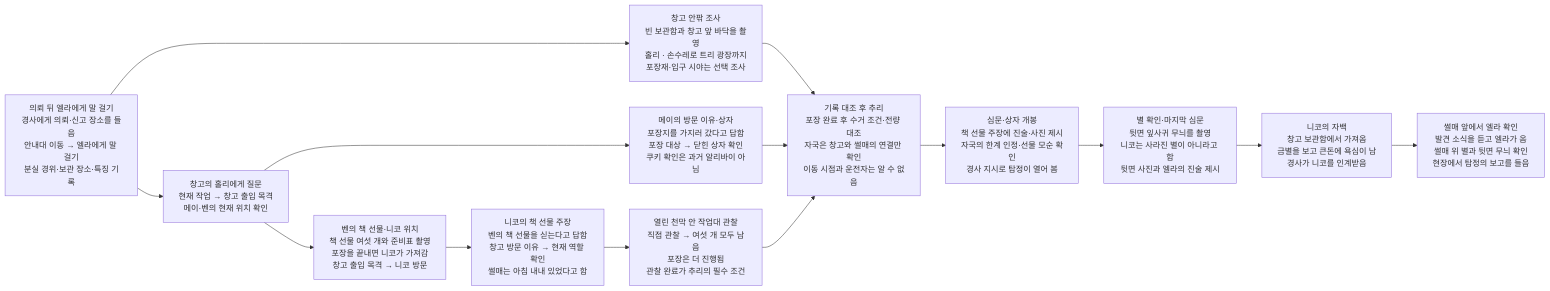
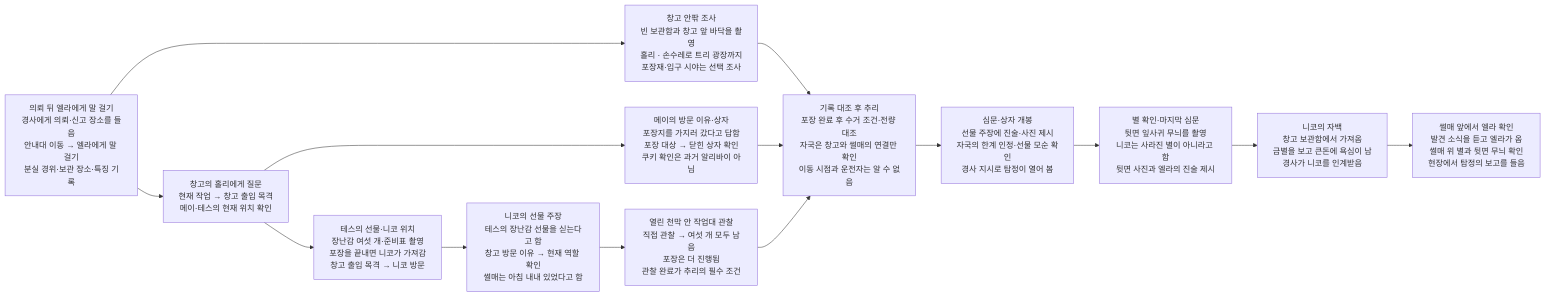
One commit to wonny95/detective-v2 changed the second of 2 diagrams in design/case-10-christmas-star.md. Above: the diagram before and after it, drawn with Mermaid. The commit also changed other lines of this file and 3 other files, not shown here.

````diff
--- a/design/case-10-christmas-star.md
+++ b/design/case-10-christmas-star.md
@@ -47,28 +47,28 @@
 ```mermaid
 flowchart LR
     s1["의뢰 뒤 엘라에게 말 걸기<br/>경사에게 의뢰·신고 장소를 들음<br/>안내대 이동 → 엘라에게 말 걸기<br/>분실 경위·보관 장소·특징 기록"]
-    s2["창고의 홀리에게 질문<br/>현재 작업 → 창고 출입 목격<br/>메이·벤의 현재 위치 확인"]
+    s2["창고의 홀리에게 질문<br/>현재 작업 → 창고 출입 목격<br/>메이·테스의 현재 위치 확인"]
     s3["창고 안팎 조사<br/>빈 보관함과 창고 앞 바닥을 촬영<br/>홀리 · 손수레로 트리 광장까지<br/>포장재·입구 시야는 선택 조사"]
     s4["메이의 방문 이유·상자<br/>포장지를 가지러 갔다고 답함<br/>포장 대상 → 닫힌 상자 확인<br/>쿠키 확인은 과거 알리바이 아님"]
-    s5["벤의 책 선물·니코 위치<br/>책 선물 여섯 개와 준비표 촬영<br/>포장을 끝내면 니코가 가져감<br/>창고 출입 목격 → 니코 방문"]
-    s6["니코의 책 선물 주장<br/>벤의 책 선물을 싣는다고 답함<br/>창고 방문 이유 → 현재 역할 확인<br/>썰매는 아침 내내 있었다고 함"]
+    s5["테스의 선물·니코 위치<br/>장난감 여섯 개·준비표 촬영<br/>포장을 끝내면 니코가 가져감<br/>창고 출입 목격 → 니코 방문"]
+    s6["니코의 선물 주장<br/>테스의 장난감 선물을 싣는다고 함<br/>창고 방문 이유 → 현재 역할 확인<br/>썰매는 아침 내내 있었다고 함"]
     s7["열린 천막 안 작업대 관찰<br/>직접 관찰 → 여섯 개 모두 남음<br/>포장은 더 진행됨<br/>관찰 완료가 추리의 필수 조건"]
     s8["기록 대조 후 추리<br/>포장 완료 후 수거 조건·전량 대조<br/>자국은 창고와 썰매의 연결만 확인<br/>이동 시점과 운전자는 알 수 없음"]
-    s9["심문·상자 개봉<br/>책 선물 주장에 진술·사진 제시<br/>자국의 한계 인정·선물 모순 확인<br/>경사 지시로 탐정이 열어 봄"]
+    s9["심문·상자 개봉<br/>선물 주장에 진술·사진 제시<br/>자국의 한계 인정·선물 모순 확인<br/>경사 지시로 탐정이 열어 봄"]
     s10["별 확인·마지막 심문<br/>뒷면 잎사귀 무늬를 촬영<br/>니코는 사라진 별이 아니라고 함<br/>뒷면 사진과 엘라의 진술 제시"]
     s11["니코의 자백<br/>창고 보관함에서 가져옴<br/>금별을 보고 큰돈에 욕심이 남<br/>경사가 니코를 인계받음"]
     s12["썰매 앞에서 엘라 확인<br/>발견 소식을 듣고 엘라가 옴<br/>썰매 위 별과 뒷면 무늬 확인<br/>현장에서 탐정의 보고를 들음"]
     s1 --> s2
     s1 --> s3
     s2 --> s4
     s2 --> s5
     s3 --> s8
     s4 --> s8
     s5 --> s6
     s6 --> s7
     s7 --> s8
     s8 --> s9
     s9 --> s10
     s10 --> s11
     s11 --> s12
 ```
````
